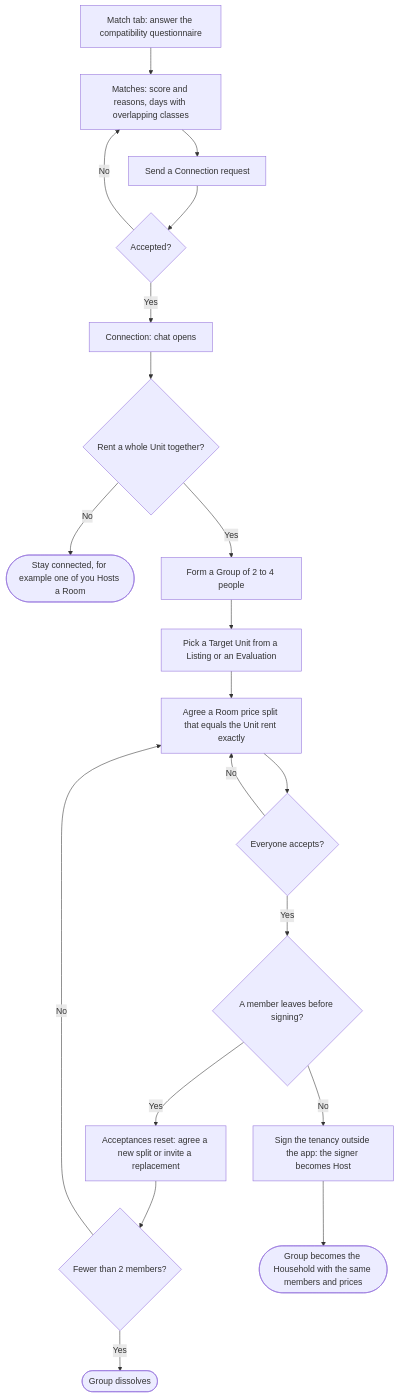
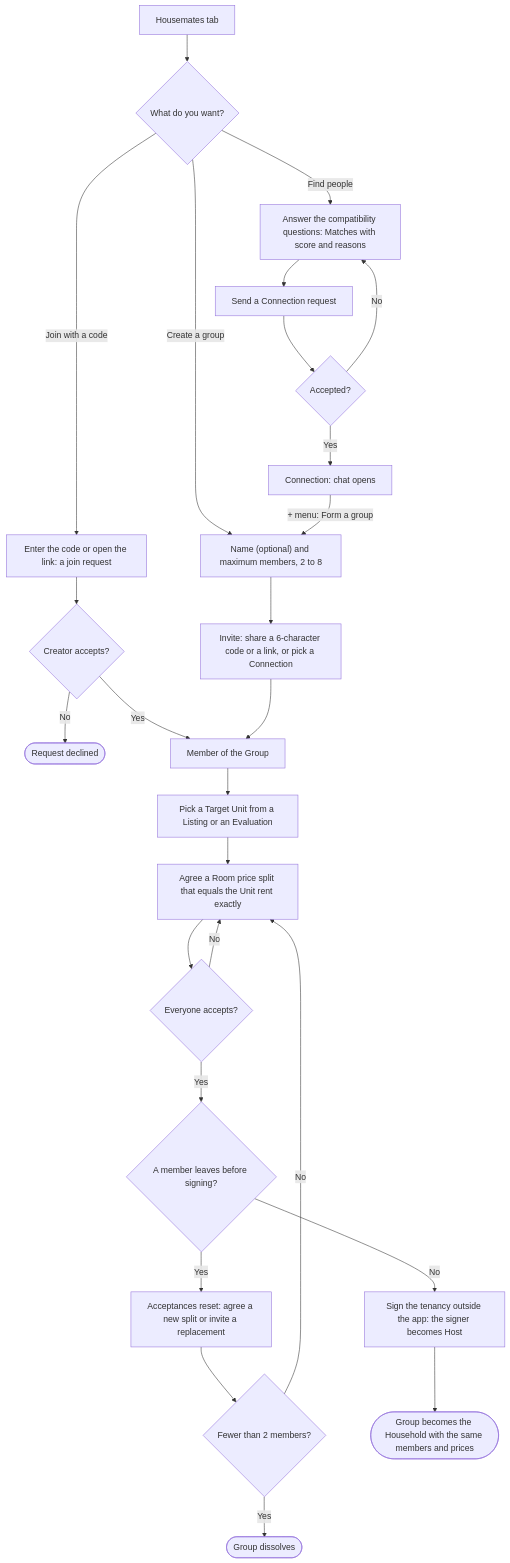
The fourth of 8 diagrams in docs/product/USER-FLOW.md (abqaryne/jiran), drawn with Mermaid before and after one commit. The commit also changed other lines of this file and 54 other files, not shown here.

````diff
--- a/docs/product/USER-FLOW.md
+++ b/docs/product/USER-FLOW.md
@@ -76,22 +80,28 @@
 ```mermaid
 flowchart TD
-    A["Match tab: answer the compatibility questionnaire"] --> B["Matches: score and reasons, days with overlapping classes"]
-    B --> C["Send a Connection request"]
-    C --> D{"Accepted?"}
-    D -- "No" --> B
-    D -- "Yes" --> E["Connection: chat opens"]
-    E --> F{"Rent a whole Unit together?"}
-    F -- "No" --> G(["Stay connected, for example one of you Hosts a Room"])
-    F -- "Yes" --> H["Form a Group of 2 to 4 people"]
-    H --> I["Pick a Target Unit from a Listing or an Evaluation"]
-    I --> J["Agree a Room price split that equals the Unit rent exactly"]
-    J --> K{"Everyone accepts?"}
-    K -- "No" --> J
-    K -- "Yes" --> L{"A member leaves before signing?"}
-    L -- "Yes" --> M["Acceptances reset: agree a new split or invite a replacement"]
-    M --> N{"Fewer than 2 members?"}
-    N -- "Yes" --> O(["Group dissolves"])
-    N -- "No" --> J
-    L -- "No" --> P["Sign the tenancy outside the app: the signer becomes Host"]
-    P --> Q(["Group becomes the Household with the same members and prices"])
+    A["Housemates tab"] --> B{"What do you want?"}
+    B -- "Find people" --> C["Answer the compatibility questions: Matches with score and reasons"]
+    C --> D["Send a Connection request"]
+    D --> E{"Accepted?"}
+    E -- "No" --> C
+    E -- "Yes" --> F["Connection: chat opens"]
+    B -- "Create a group" --> G["Name (optional) and maximum members, 2 to 8"]
+    F -- "+ menu: Form a group" --> G
+    G --> H["Invite: share a 6-character code or a link, or pick a Connection"]
+    B -- "Join with a code" --> I["Enter the code or open the link: a join request"]
+    I --> J{"Creator accepts?"}
+    J -- "No" --> K(["Request declined"])
+    J -- "Yes" --> L["Member of the Group"]
+    H --> L
+    L --> M["Pick a Target Unit from a Listing or an Evaluation"]
+    M --> N["Agree a Room price split that equals the Unit rent exactly"]
+    N --> O{"Everyone accepts?"}
+    O -- "No" --> N
+    O -- "Yes" --> P{"A member leaves before signing?"}
+    P -- "Yes" --> Q["Acceptances reset: agree a new split or invite a replacement"]
+    Q --> R{"Fewer than 2 members?"}
+    R -- "Yes" --> S(["Group dissolves"])
+    R -- "No" --> N
+    P -- "No" --> T["Sign the tenancy outside the app: the signer becomes Host"]
+    T --> U(["Group becomes the Household with the same members and prices"])
 ```
````
